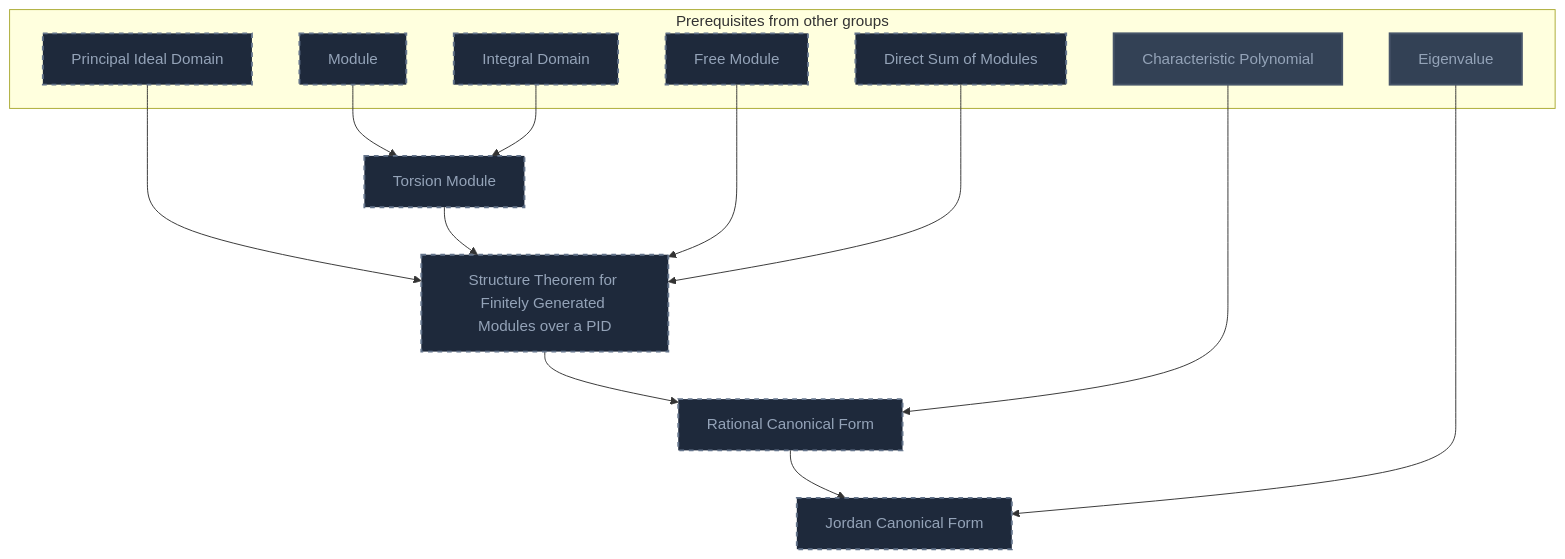
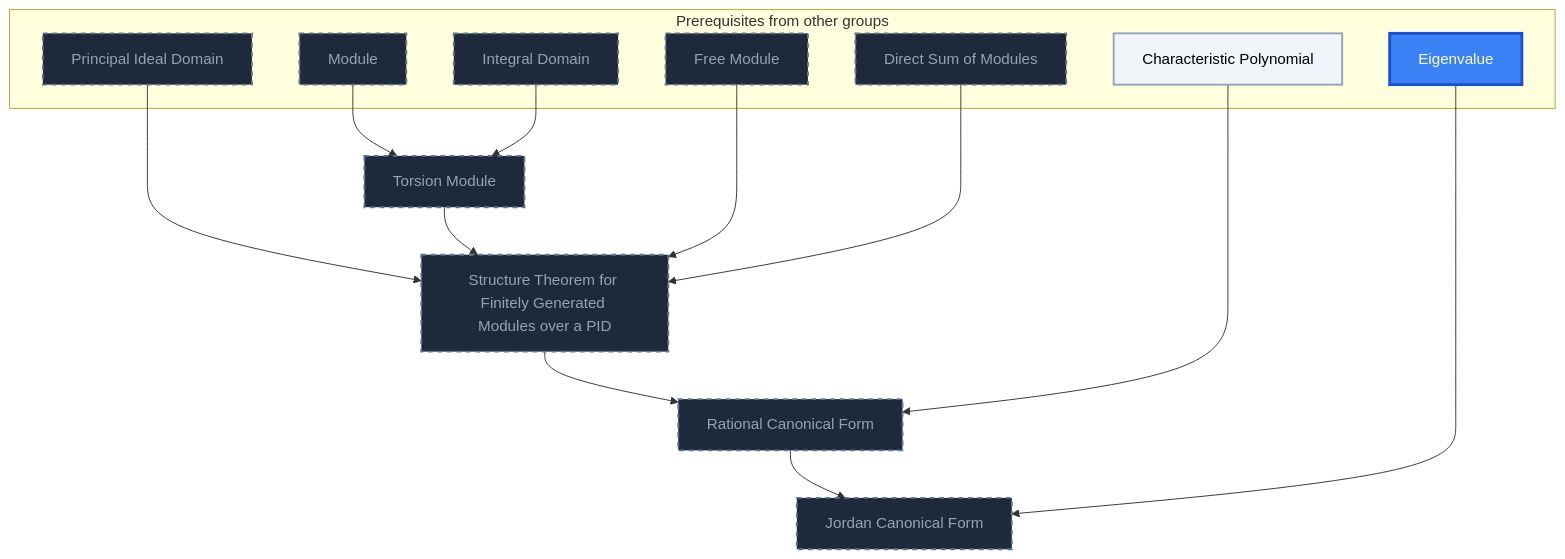
Before and after one commit to MRauf1/My-Notes: diagram 13 of 20 in Gamification/Skill Trees/Abstract Algebra.md, drawn with Mermaid. The commit also changed other lines of this file and 57 other files, not shown here.

````diff
--- a/Gamification/Skill Trees/Abstract Algebra.md
+++ b/Gamification/Skill Trees/Abstract Algebra.md
@@ -897,38 +912,39 @@
 ```mermaid
 flowchart TD
     classDef planned fill:#1E293B,stroke:#64748B,stroke-width:2px,stroke-dasharray:5 5,color:#94A3B8;
     classDef locked fill:#334155,stroke:#475569,stroke-width:2px,color:#94A3B8;
     classDef L0 fill:#F1F5F9,stroke:#94A3B8,stroke-width:2px,color:#000000;
     classDef L1 fill:#22C55E,stroke:#15803D,stroke-width:2px,color:#000000;
     classDef L2 fill:#3B82F6,stroke:#1D4ED8,stroke-width:3px,color:#FFFFFF;
     classDef L3 fill:#A855F7,stroke:#6B21A8,stroke-width:3px,color:#FFFFFF,font-weight:bold;
     classDef L4 fill:#F97316,stroke:#C2410C,stroke-width:4px,color:#000000,font-weight:bold;
     classDef L5 fill:#FFD700,stroke:#FF8C00,stroke-width:5px,color:#000000,font-weight:bold;
     classDef rusty stroke:#8B4513,stroke-width:4px,stroke-dasharray:3 3;
     subgraph sg_prereqs["Prerequisites from other groups"]
         n_module["Module"]
         n_integral_domain["Integral Domain"]
         n_principal_ideal_domain["Principal Ideal Domain"]
         n_free_module["Free Module"]
         n_direct_sum_of_modules["Direct Sum of Modules"]
         n_characteristic_polynomial["Characteristic Polynomial"]
         n_eigenvalue["Eigenvalue"]
     end
     n_torsion_module["Torsion Module"]
     n_structure_theorem_for_finitely_generated_modules_over_a_pid["Structure Theorem for Finitely Generated Modules over a PID"]
     n_rational_canonical_form["Rational Canonical Form"]
     n_jordan_canonical_form["Jordan Canonical Form"]
     n_module --> n_torsion_module
     n_integral_domain --> n_torsion_module
     n_principal_ideal_domain --> n_structure_theorem_for_finitely_generated_modules_over_a_pid
     n_torsion_module --> n_structure_theorem_for_finitely_generated_modules_over_a_pid
     n_free_module --> n_structure_theorem_for_finitely_generated_modules_over_a_pid
     n_direct_sum_of_modules --> n_structure_theorem_for_finitely_generated_modules_over_a_pid
     n_structure_theorem_for_finitely_generated_modules_over_a_pid --> n_rational_canonical_form
     n_characteristic_polynomial --> n_rational_canonical_form
     n_rational_canonical_form --> n_jordan_canonical_form
     n_eigenvalue --> n_jordan_canonical_form
     class n_module,n_integral_domain,n_principal_ideal_domain,n_free_module,n_direct_sum_of_modules,n_torsion_module,n_structure_theorem_for_finitely_generated_modules_over_a_pid,n_rational_canonical_form,n_jordan_canonical_form planned;
-    class n_characteristic_polynomial,n_eigenvalue locked;
+    class n_characteristic_polynomial L0;
+    class n_eigenvalue L2;
     class n_characteristic_polynomial,n_eigenvalue internal-link;
 ```
````
